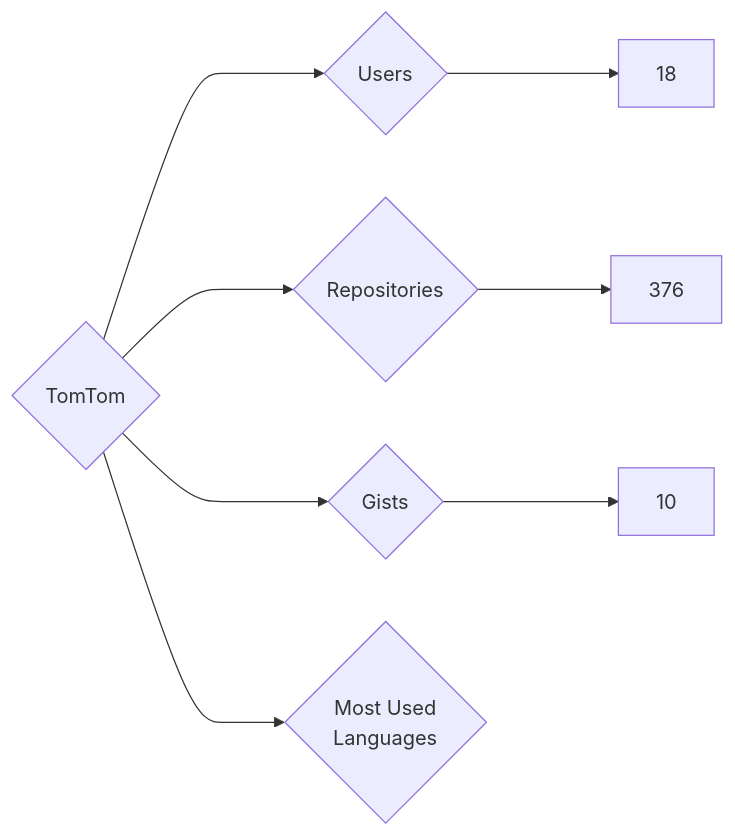
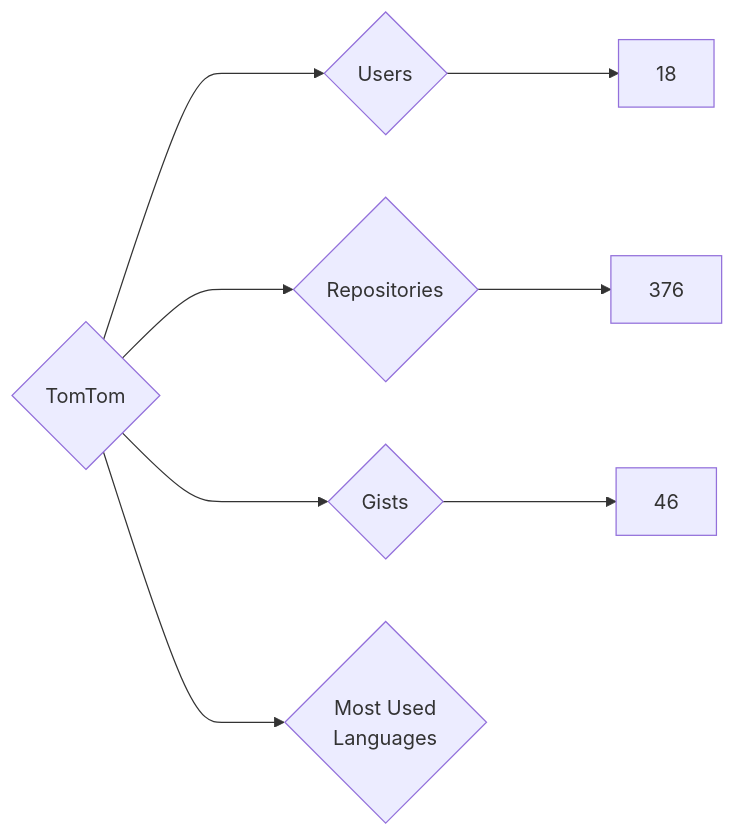
Before and after one commit to nenadzaric/insiders: the diagram in targets/TomTom/README.md, drawn with Mermaid. The commit also changed 1342 other files, not shown here.

````diff
--- a/targets/TomTom/README.md
+++ b/targets/TomTom/README.md
@@ -3,8 +3,8 @@
 ```mermaid
 graph LR
 COMPANY_NAME{TomTom}
 COMPANY_NAME ---> U{Users} ---> UN[18]
 COMPANY_NAME ---> R{Repositories} ---> RN[376]
-COMPANY_NAME ---> G{Gists} ---> GN[10]
+COMPANY_NAME ---> G{Gists} ---> GN[46]
 COMPANY_NAME ---> ML{Most Used<br>Languages}
 ```
````
